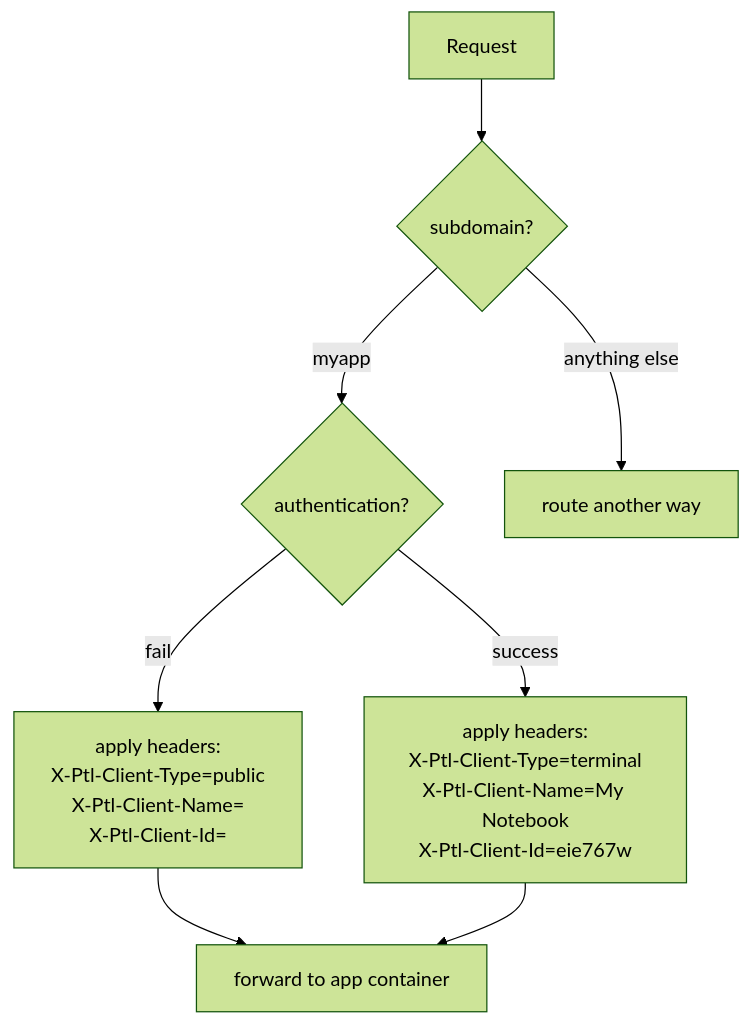
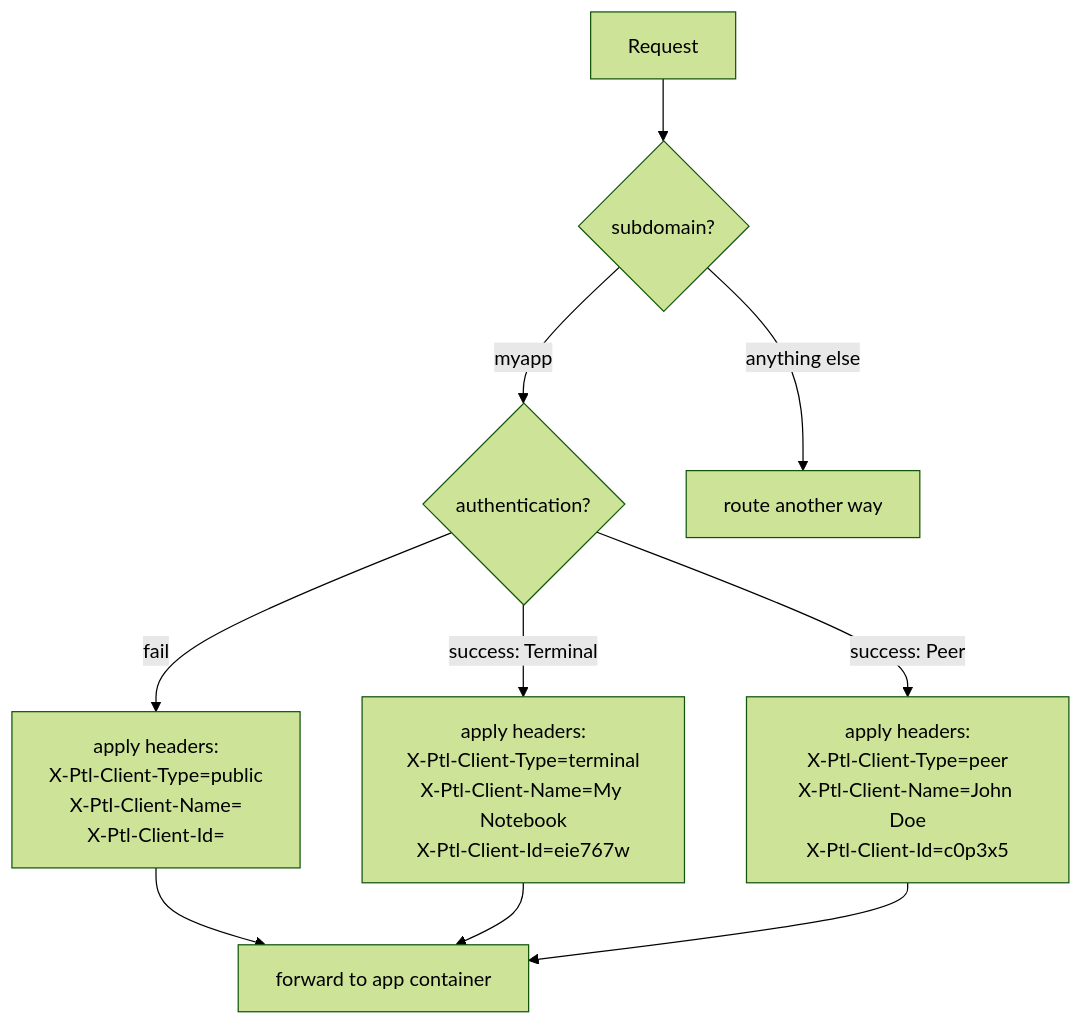
One commit to FreeshardBase/documentation changed the second of 2 diagrams in docs/routing_and_ac.md. Above: the diagram before and after it, drawn with Mermaid (forest theme). The commit also changed other lines of this file and 5 other files, not shown here.

````diff
--- a/docs/routing_and_ac.md
+++ b/docs/routing_and_ac.md
@@ -118,10 +119,12 @@
 ```mermaid
 graph TD
   Request --> sub{subdomain?};
   sub -->|myapp| auth{authentication?};
   sub -->|anything else| away[route another way];
   auth -->|fail| head_no_auth[apply headers:<br>X-Ptl-Client-Type=public<br>X-Ptl-Client-Name=<br>X-Ptl-Client-Id=];
   head_no_auth --> forward[forward to app container];
-  auth -->|success| head_auth[apply headers:<br>X-Ptl-Client-Type=terminal<br>X-Ptl-Client-Name=My Notebook<br>X-Ptl-Client-Id=eie767w];
-  head_auth --> forward;
+  auth -->|success: Terminal| head_auth_terminal[apply headers:<br>X-Ptl-Client-Type=terminal<br>X-Ptl-Client-Name=My Notebook<br>X-Ptl-Client-Id=eie767w];
+  head_auth_terminal --> forward;
+  auth -->|success: Peer| head_auth_peer[apply headers:<br>X-Ptl-Client-Type=peer<br>X-Ptl-Client-Name=John Doe<br>X-Ptl-Client-Id=c0p3x5];
+  head_auth_peer --> forward;
 ```
````
